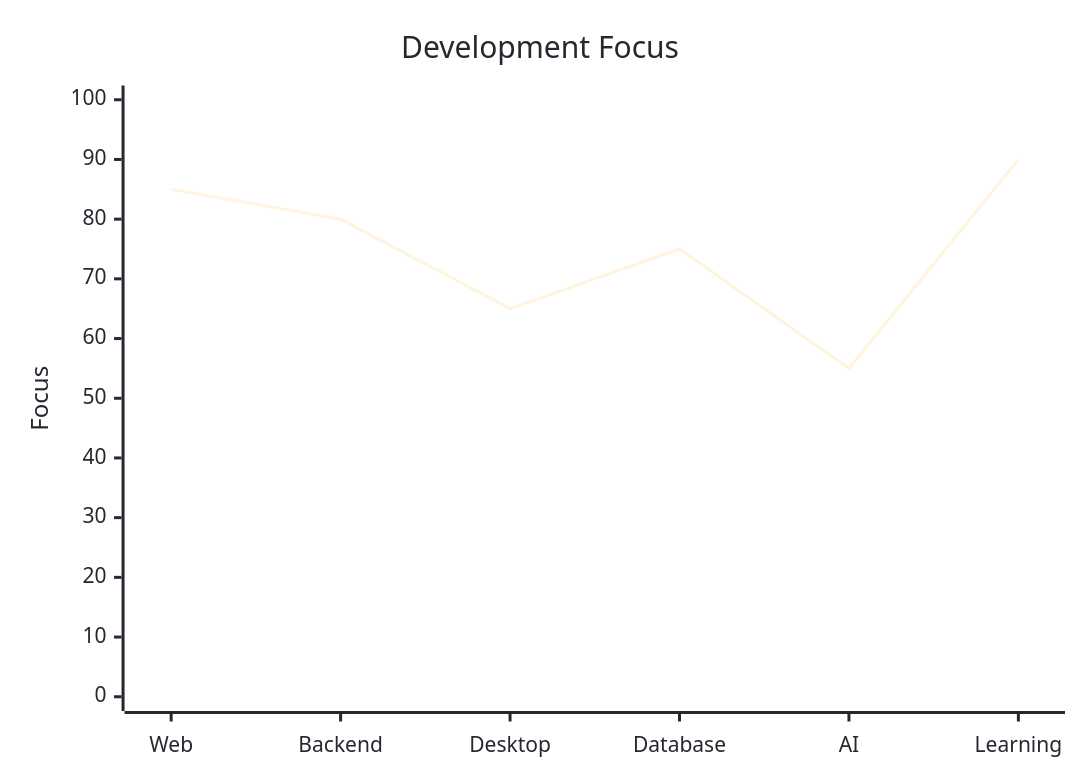
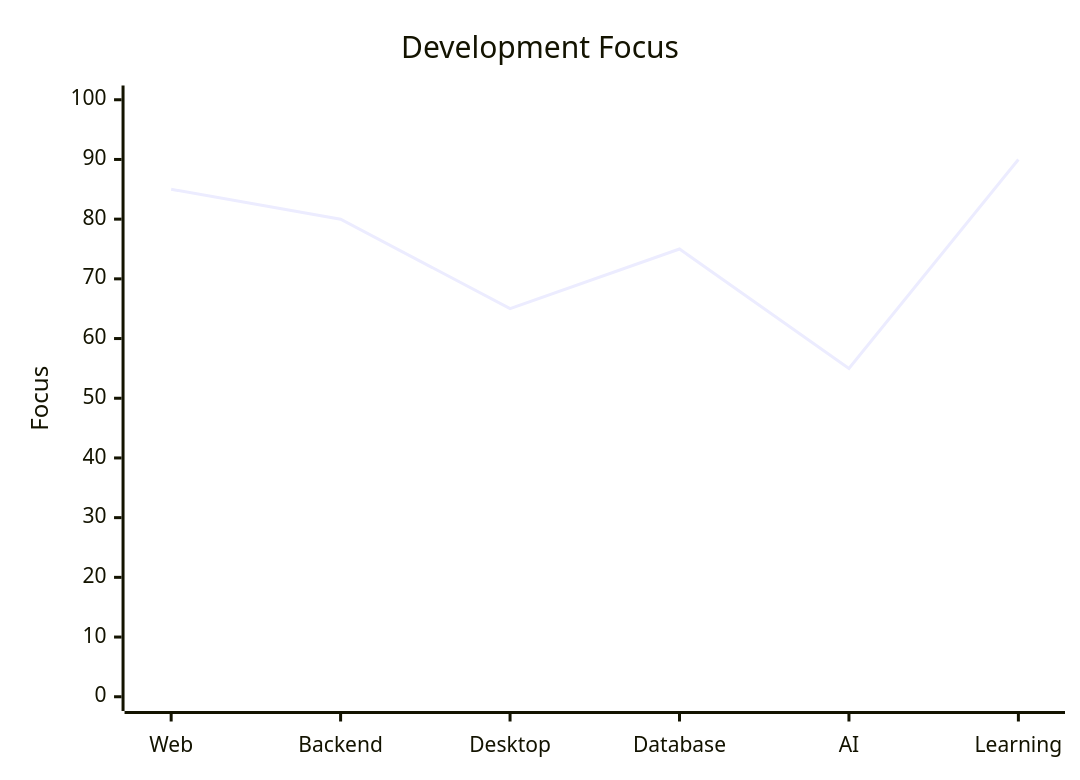
Before and after one commit to Mohammed927353/Mohammed927353: the third of 3 diagrams in README.md, drawn with Mermaid. The commit also changed other lines of this file, not shown here.

````diff
--- a/README.md
+++ b/README.md
@@ -198,18 +182,7 @@
 ```mermaid
-%%{init: {
-  "theme": "base",
-  "themeVariables": {
-    "fontFamily": "Arial",
-    "primaryTextColor": "#24292F",
-    "textColor": "#24292F",
-    "background": "#FFFFFF",
-    "lineColor": "#F59E0B"
-  }
-}}%%
-
 xychart-beta
     title "Development Focus"
     x-axis ["Web", "Backend", "Desktop", "Database", "AI", "Learning"]
     y-axis "Focus" 0 --> 100
     line [85, 80, 65, 75, 55, 90]
 ```
````
